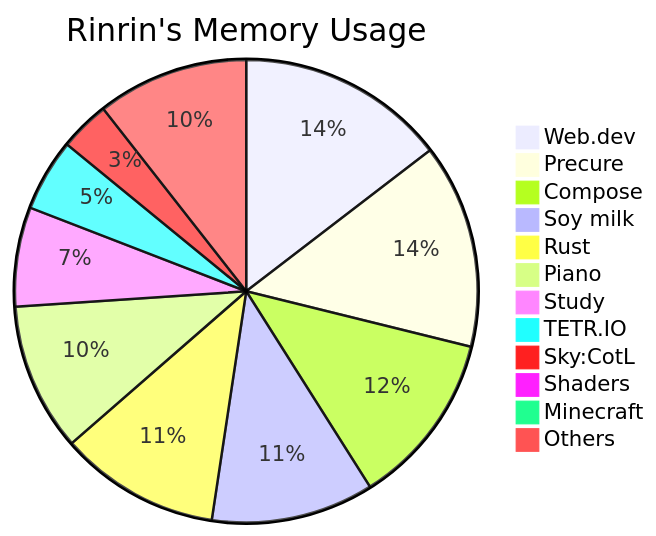
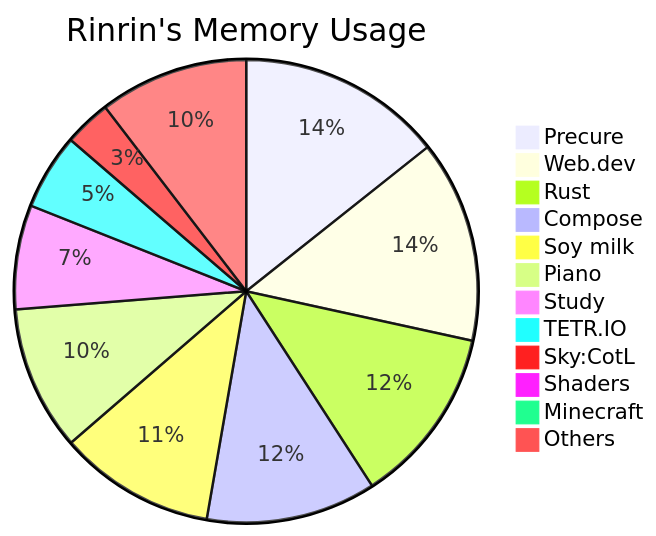
Before and after one commit to Rinrin0413/Rinrin0413: the diagram in README.md, drawn with Mermaid.

Commit message:
🛠 Update: Rinrin's Memory Usage

````diff
--- a/README.md
+++ b/README.md
@@ -76,15 +76,15 @@
 ```mermaid
 pie title Rinrin's Memory Usage
-    "Web.dev": 597
-    "Precure": 584
-    "Compose": 498
-    "Soy milk": 465
-    "Rust": 459
-    "Piano": 423
-    "Study": 284
-    "TETR.IO": 207
-    "Sky:CotL": 143
+    "Precure": 586
+    "Web.dev": 578
+    "Rust": 509
+    "Compose": 486
+    "Soy milk": 447
+    "Piano": 413
+    "Study": 298
+    "TETR.IO": 217
+    "Sky:CotL": 134
     "Shaders": 30
     "Minecraft": 30
-    "Others": 433
+    "Others": 426
 ```
````
